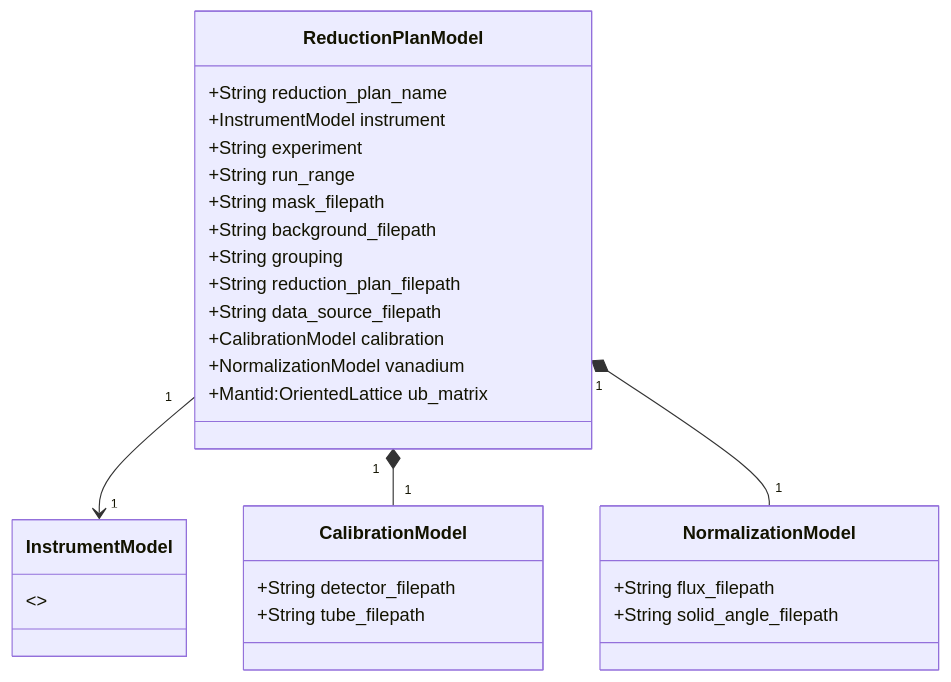
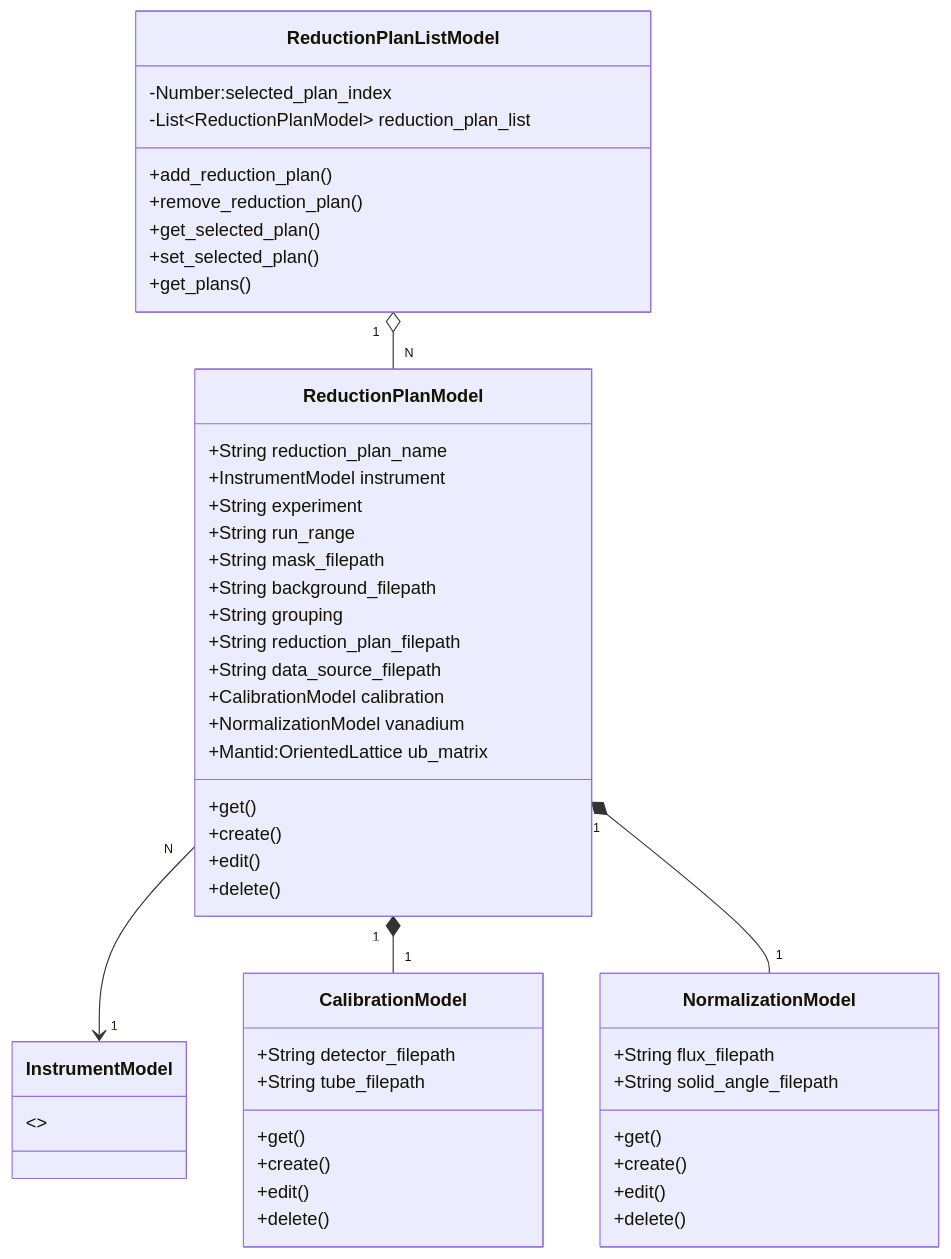
One commit to neutrons/garnet changed the diagram in docs/source/design/reduction_plan.rst. Above: the diagram before and after it, drawn with Mermaid. The commit also changed 6 other files, not shown here.

Commit message:
updates in: oncat mvp, reduction plan screen added

```diff
--- a/docs/source/design/reduction_plan.rst
+++ b/docs/source/design/reduction_plan.rst
@@ -11,36 +11,60 @@
 .. mermaid::
 
  classDiagram
-    ReductionPlanModel "1" -->"1" InstrumentModel
+    ReductionPlanListModel "1" o--"N" ReductionPlanModel
+    ReductionPlanModel "N" -->"1" InstrumentModel
     ReductionPlanModel "1" *--"1" CalibrationModel
     ReductionPlanModel "1" *--"1" NormalizationModel
+
+    class ReductionPlanListModel{
+        -Number:selected_plan_index
+        -List~ReductionPlanModel~ reduction_plan_list
+        +add_reduction_plan()
+        +remove_reduction_plan()
+        +get_selected_plan()
+        +set_selected_plan()
+        +get_plans()
+    }
 
     class ReductionPlanModel{
         +String reduction_plan_name
         +InstrumentModel instrument
         +String experiment
         +String run_range
         +String mask_filepath
         +String background_filepath
         +String grouping
         +String reduction_plan_filepath
         +String data_source_filepath
         +CalibrationModel calibration
         +NormalizationModel vanadium
         +Mantid:OrientedLattice ub_matrix
+        +get()
+        +create()
+        +edit()
+        +delete()
+
     }
 
     class InstrumentModel{
         <>
     }
 
 
     class CalibrationModel{
         +String detector_filepath
         +String tube_filepath
+        +get()
+        +create()
+        +edit()
+        +delete()
     }
 
     class NormalizationModel{
         +String flux_filepath
         +String solid_angle_filepath
+        +get()
+        +create()
+        +edit()
+        +delete()
     }
```
